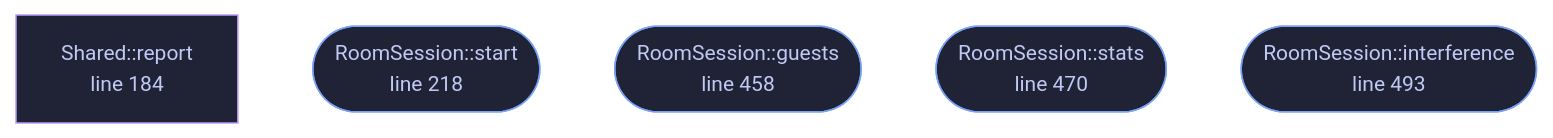
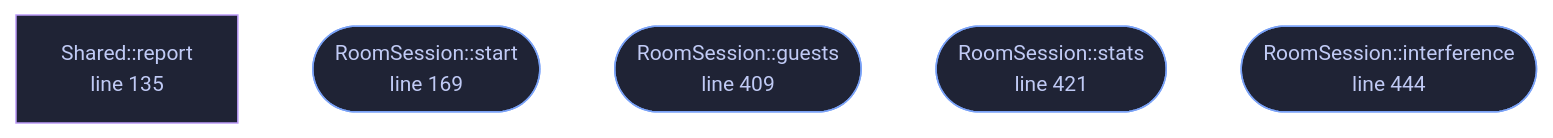
One commit to tilas01/veilvoice changed the diagram in docs/files/veilvoice-audio/room.md. Above: the diagram before and after it, drawn with Mermaid. The commit also changed other lines of this file and 62 other files, not shown here.

````diff
--- a/docs/files/veilvoice-audio/room.md
+++ b/docs/files/veilvoice-audio/room.md
@@ -129,18 +127,18 @@
 ```mermaid
 %%{init: {"theme":"base","themeVariables":{"background":"#1a1b26","primaryColor":"#1f2335","primaryTextColor":"#c0caf5","primaryBorderColor":"#7aa2f7","secondaryColor":"#16161e","tertiaryColor":"#16161e","lineColor":"#737aa2","textColor":"#c0caf5","mainBkg":"#1f2335","nodeBorder":"#7aa2f7","clusterBkg":"#16161e","clusterBorder":"#2f3549","fontFamily":"ui-monospace, SFMono-Regular, Consolas, monospace","fontSize":"14px"}}}%%
 flowchart TD
-    n_report["Shared::report<br/>line 184"]
-    n_start(["RoomSession::start<br/>line 218"])
-    n_guests(["RoomSession::guests<br/>line 458"])
-    n_stats(["RoomSession::stats<br/>line 470"])
-    n_interference(["RoomSession::interference<br/>line 493"])
-    click n_report href "https://github.com/tilas01/veilvoice/blob/main/crates/veilvoice-audio/src/room.rs#L184" "open the source"
-    click n_start href "https://github.com/tilas01/veilvoice/blob/main/crates/veilvoice-audio/src/room.rs#L218" "open the source"
-    click n_guests href "https://github.com/tilas01/veilvoice/blob/main/crates/veilvoice-audio/src/room.rs#L458" "open the source"
-    click n_stats href "https://github.com/tilas01/veilvoice/blob/main/crates/veilvoice-audio/src/room.rs#L470" "open the source"
-    click n_interference href "https://github.com/tilas01/veilvoice/blob/main/crates/veilvoice-audio/src/room.rs#L493" "open the source"
+    n_report["Shared::report<br/>line 135"]
+    n_start(["RoomSession::start<br/>line 169"])
+    n_guests(["RoomSession::guests<br/>line 409"])
+    n_stats(["RoomSession::stats<br/>line 421"])
+    n_interference(["RoomSession::interference<br/>line 444"])
+    click n_report href "https://github.com/tilas01/veilvoice/blob/main/crates/veilvoice-audio/src/room.rs#L135" "open the source"
+    click n_start href "https://github.com/tilas01/veilvoice/blob/main/crates/veilvoice-audio/src/room.rs#L169" "open the source"
+    click n_guests href "https://github.com/tilas01/veilvoice/blob/main/crates/veilvoice-audio/src/room.rs#L409" "open the source"
+    click n_stats href "https://github.com/tilas01/veilvoice/blob/main/crates/veilvoice-audio/src/room.rs#L421" "open the source"
+    click n_interference href "https://github.com/tilas01/veilvoice/blob/main/crates/veilvoice-audio/src/room.rs#L444" "open the source"
     classDef entry fill:#1f2335,stroke:#7aa2f7,color:#c0caf5
     class n_start,n_guests,n_stats,n_interference entry
     classDef helper fill:#1f2335,stroke:#bb9af7,color:#c0caf5
     class n_report helper
 ```
````
